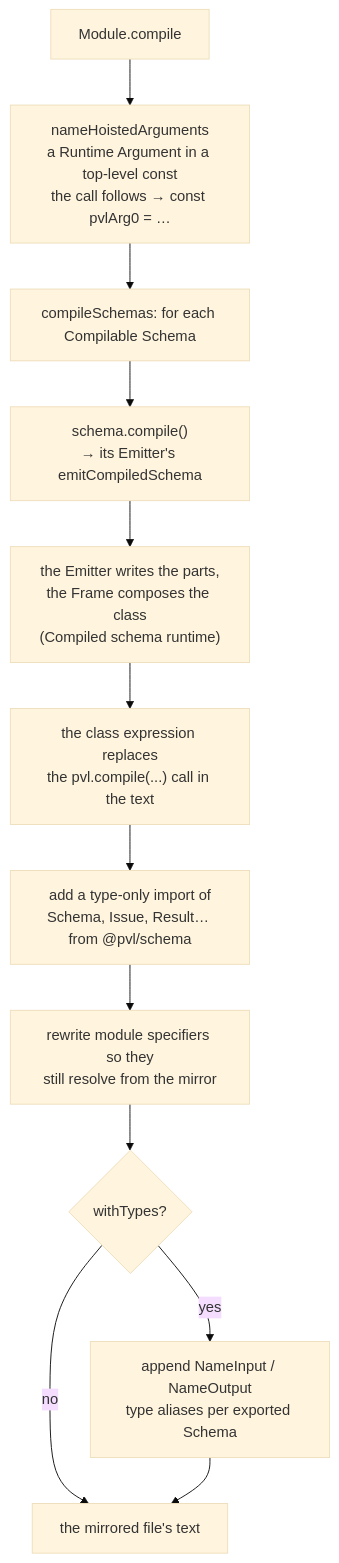
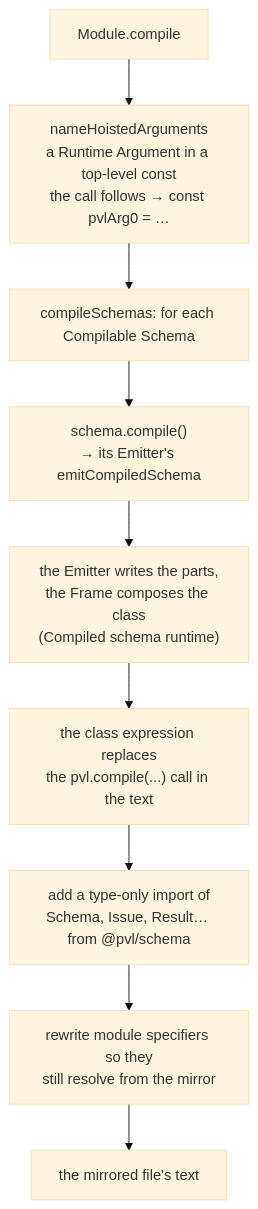
The fifth of 5 diagrams in docs/wiki/Compiler-Build-Pipeline.md (Ota-Prokopec/pvl), drawn with Mermaid (base theme) before and after one commit. The commit also changed 31 other files, not shown here.

First line of the commit message:
refactor(schema-compiler): remove withTypes and the Type Aliases, and record ADR-0046

````diff
--- a/docs/wiki/Compiler-Build-Pipeline.md
+++ b/docs/wiki/Compiler-Build-Pipeline.md
@@ -92,14 +92,11 @@
 ```mermaid
 flowchart TD
     MC["Module.compile"] --> HO["nameHoistedArguments<br/>a Runtime Argument in a top-level const<br/>the call follows → const pvlArg0 = …"]
     HO --> CS["compileSchemas: for each Compilable Schema"]
     CS --> SCOMP["schema.compile()<br/>→ its Emitter's emitCompiledSchema"]
     SCOMP --> EMIT["the Emitter writes the parts,<br/>the Frame composes the class<br/>(Compiled schema runtime)"]
     EMIT --> REP["the class expression replaces<br/>the pvl.compile(...) call in the text"]
     REP --> IMP["add a type-only import of<br/>Schema, Issue, Result… from @pvl/schema"]
     IMP --> SPEC["rewrite module specifiers so they<br/>still resolve from the mirror"]
-    SPEC --> TA{"withTypes?"}
-    TA -- yes --> ALIAS["append NameInput / NameOutput<br/>type aliases per exported Schema"]
-    TA -- no --> OUT["the mirrored file's text"]
-    ALIAS --> OUT
+    SPEC --> OUT["the mirrored file's text"]
 ```
````
